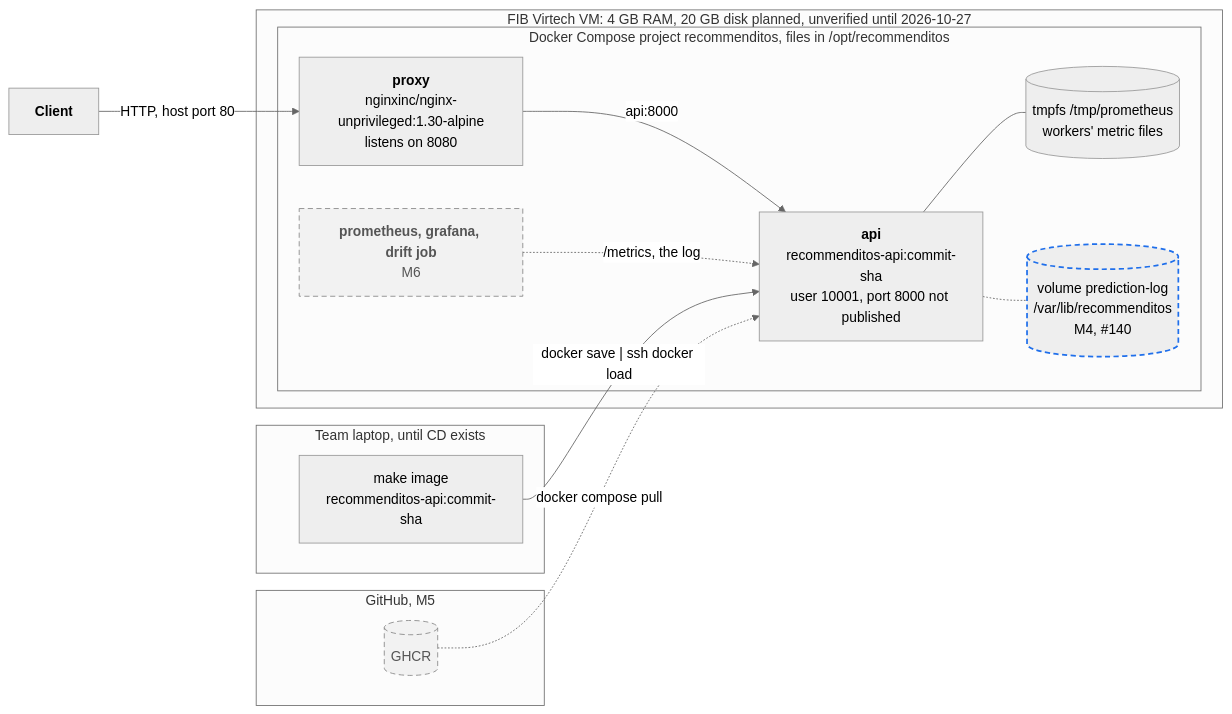
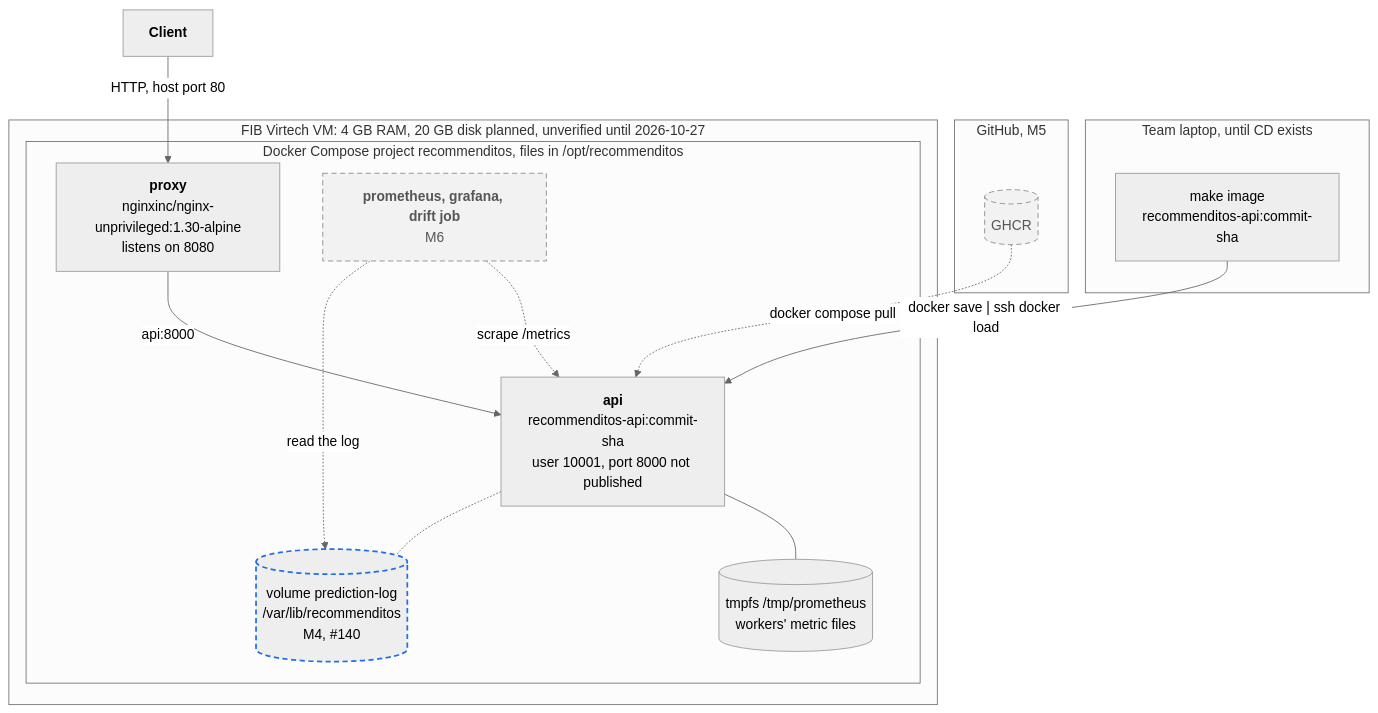
Before and after one commit to mlops-2627q1-mds-upc/MLOPS_Recommenditos: the second of 2 diagrams in docs/docs/architecture.md, drawn with Mermaid (neutral theme). The commit also changed other lines of this file, not shown here.

Commit message:
docs: draw the deployment view top to bottom and correct two diagram edges

````diff
--- a/docs/docs/architecture.md
+++ b/docs/docs/architecture.md
@@ -81,35 +80,36 @@
 ```mermaid
-flowchart LR
+flowchart TB
     user["<b>Client</b>"]
 
     subgraph laptop["Team laptop, until CD exists"]
         image["make image<br/>recommenditos-api:commit-sha"]
     end
 
     subgraph github["GitHub, M5"]
         ghcr[("GHCR")]
     end
 
     subgraph vm["FIB Virtech VM: 4 GB RAM, 20 GB disk planned, unverified until 2026-10-27"]
         subgraph compose["Docker Compose project recommenditos, files in /opt/recommenditos"]
             proxyc["<b>proxy</b><br/>nginxinc/nginx-unprivileged:1.30-alpine<br/>listens on 8080"]
             apic["<b>api</b><br/>recommenditos-api:commit-sha<br/>user 10001, port 8000 not published"]
             tmpfs[("tmpfs /tmp/prometheus<br/>workers' metric files")]
             vol[("volume prediction-log<br/>/var/lib/recommenditos<br/>M4, #140")]
             m6["<b>prometheus, grafana, drift job</b><br/>M6"]
         end
     end
 
     user -->|"HTTP, host port 80"| proxyc
     proxyc -->|"api:8000"| apic
     apic --- tmpfs
     apic -.- vol
-    m6 -.->|"/metrics, the log"| apic
+    m6 -.->|"scrape /metrics"| apic
+    m6 -.->|"read the log"| vol
     image -->|"docker save #124; ssh docker load"| apic
     ghcr -.->|"docker compose pull"| apic
 
     classDef m4 stroke:#1f6feb,stroke-width:2px,stroke-dasharray:6 4
     classDef later fill:#f2f2f2,stroke:#888,color:#555,stroke-dasharray:6 4
     class vol m4
     class m6,ghcr later
 ```
````
